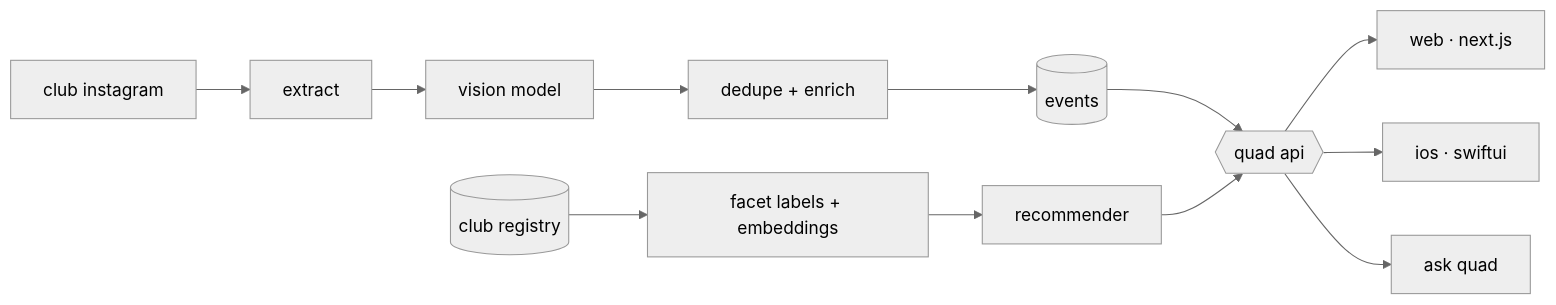
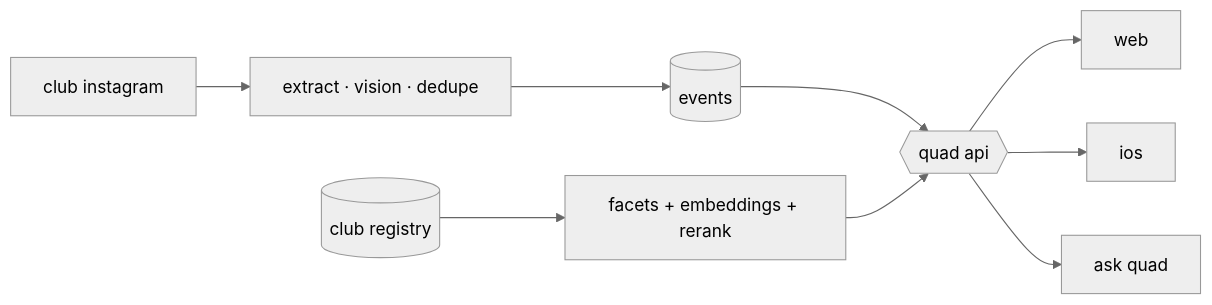
Before and after one commit to KLKH7/KLKH7: the diagram in README.md, drawn with Mermaid.

Commit message:
narrower pipeline diagram so it fits the readme box

````diff
--- a/README.md
+++ b/README.md
@@ -21,11 +21,11 @@
 ```mermaid
 %%{init: {'theme':'neutral'}}%%
 flowchart LR
-  ig[club instagram] --> ex[extract] --> vlm[vision model] --> dd[dedupe + enrich] --> ev[(events)]
-  reg[(club registry)] --> lab[facet labels + embeddings] --> rec[recommender]
+  ig[club instagram] --> pipe[extract · vision · dedupe] --> ev[(events)]
+  reg[(club registry)] --> rec[facets + embeddings + rerank]
   ev --> api{{quad api}}
   rec --> api
-  api --> web[web · next.js]
-  api --> ios[ios · swiftui]
+  api --> web[web]
+  api --> ios[ios]
   api --> ask[ask quad]
 ```
````
